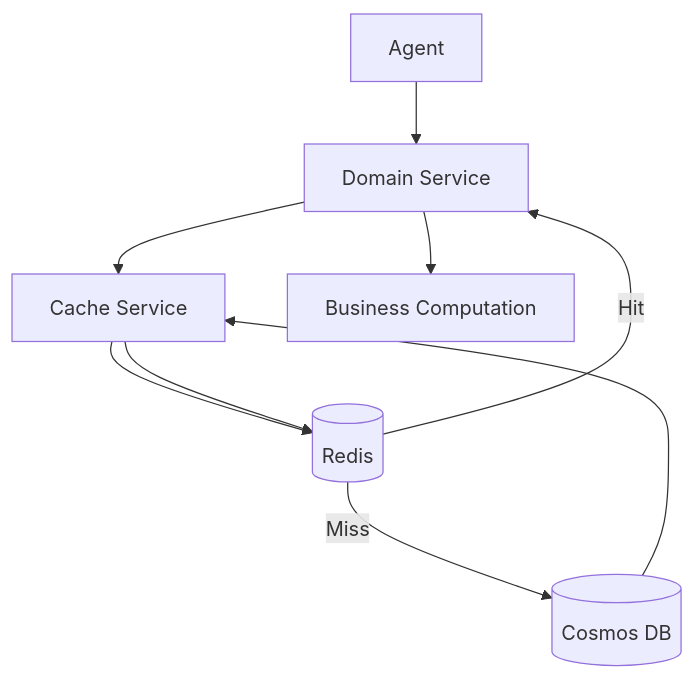
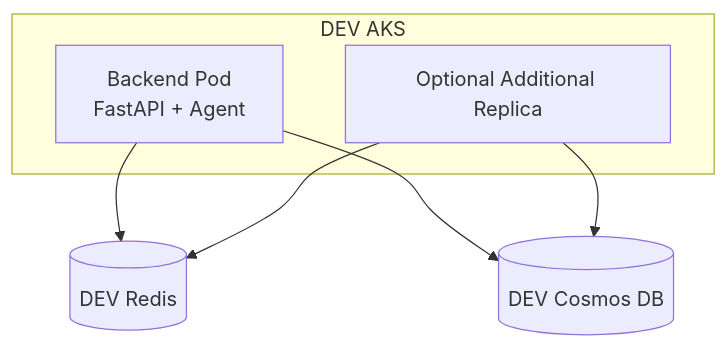
Before and after one commit to raghav29061999/cicdautomation: the second of 6 diagrams in README.md, drawn with Mermaid. The commit also changed other lines of this file, not shown here.

````diff
--- a/README.md
+++ b/README.md
@@ -1416,31 +280,21 @@
 ```mermaid
 flowchart TD
 
-    AGENT[Agent]
+    subgraph AKS[DEV AKS]
 
-    SERVICE[Domain Service]
+        P1[Backend Pod<br/>FastAPI + Agent]
 
-    CACHE[Cache Service]
+        P2[Optional Additional Replica]
 
-    REDIS[(Redis)]
+    end
 
-    COSMOS[(Cosmos DB)]
+    REDIS[(DEV Redis)]
 
-    COMPUTE[Business Computation]
+    COSMOS[(DEV Cosmos DB)]
 
-    AGENT --> SERVICE
+    P1 --> REDIS
+    P2 --> REDIS
 
-    SERVICE --> CACHE
-
-    CACHE --> REDIS
-
-    REDIS -->|Hit| SERVICE
-
-    REDIS -->|Miss| COSMOS
-
-    COSMOS --> CACHE
-
-    CACHE --> REDIS
-
-    SERVICE --> COMPUTE
+    P1 --> COSMOS
+    P2 --> COSMOS
 ```
````
